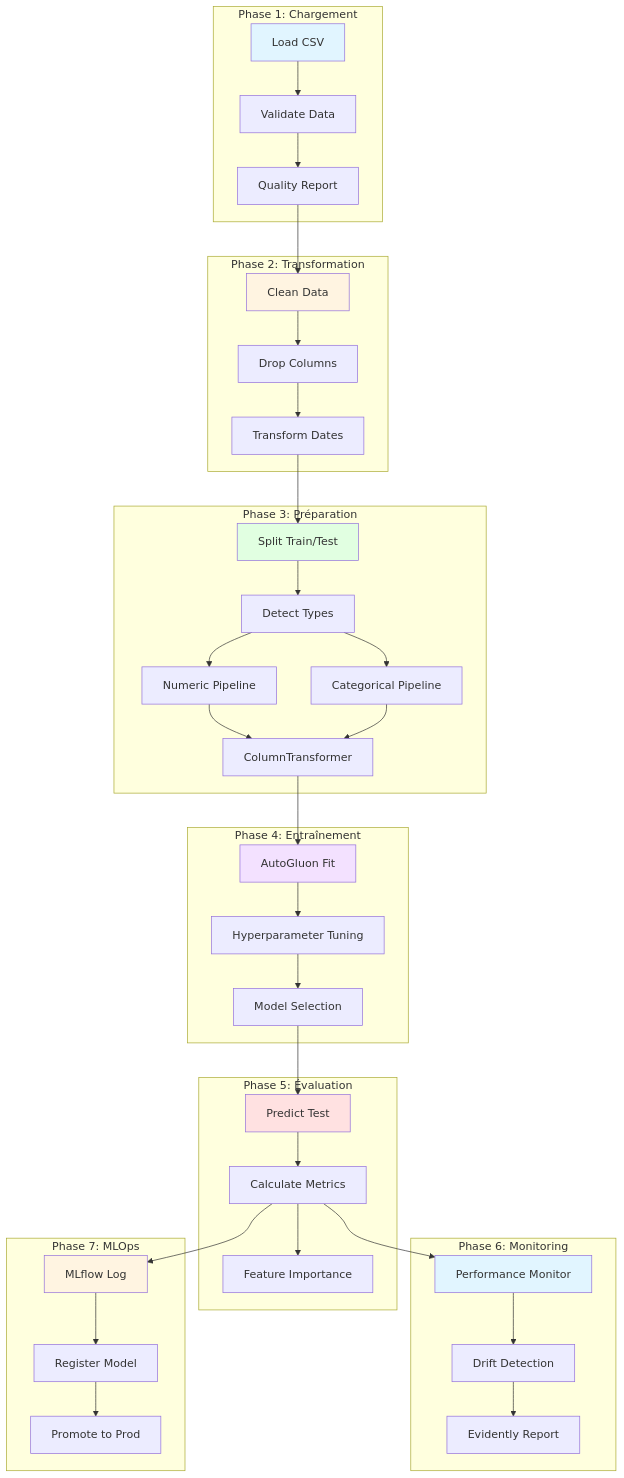
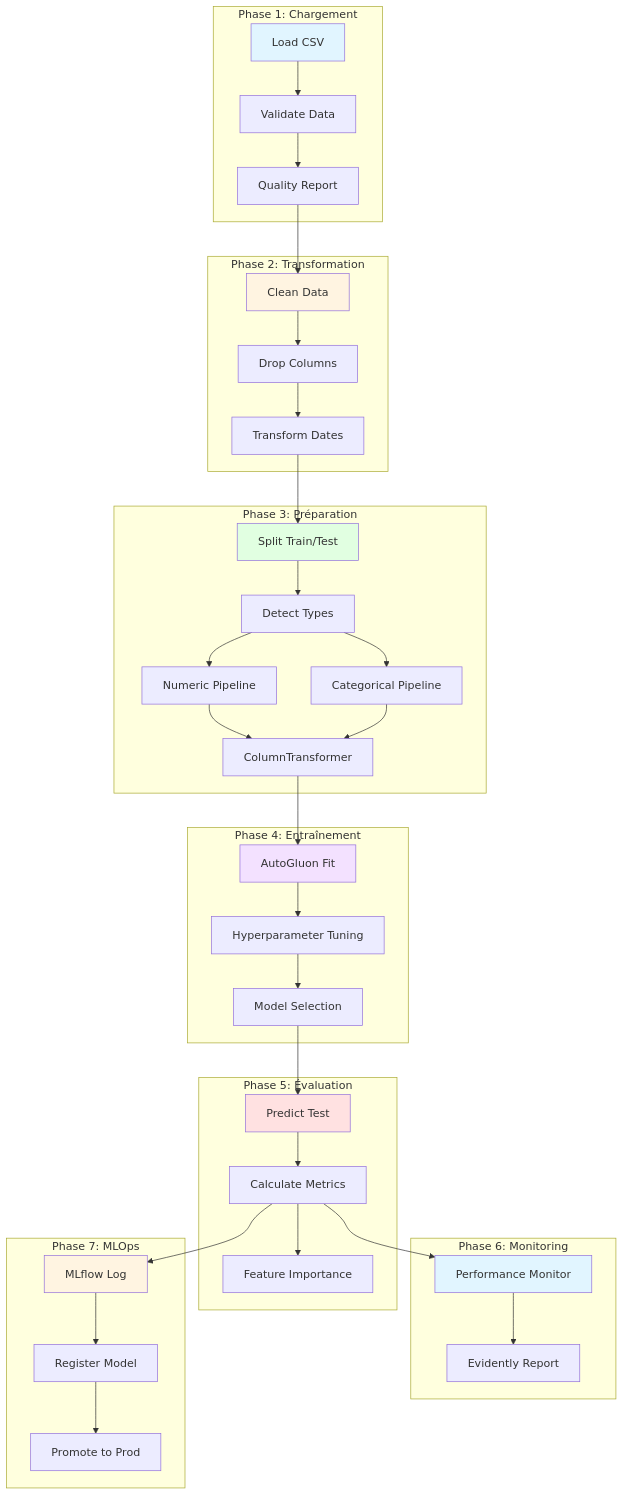
One commit to jefraudai/jefraudai changed the first of 10 diagrams in Services/docsify/docs/pipeline.md. Above: the diagram before and after it, drawn with Mermaid. The commit also changed other lines of this file and 6 other files, not shown here.

````diff
--- a/Services/docsify/docs/pipeline.md
+++ b/Services/docsify/docs/pipeline.md
@@ -7,78 +7,76 @@
 ```mermaid
 graph TD
     subgraph "Phase 1: Chargement"
         L1[Load CSV]
         L2[Validate Data]
         L3[Quality Report]
     end
     
     subgraph "Phase 2: Transformation"
         T1[Clean Data]
         T2[Drop Columns]
         T3[Transform Dates]
     end
     
     subgraph "Phase 3: Préparation"
         P1[Split Train/Test]
         P2[Detect Types]
         P3[Numeric Pipeline]
         P4[Categorical Pipeline]
         P5[ColumnTransformer]
     end
     
     subgraph "Phase 4: Entraînement"
         E1[AutoGluon Fit]
         E2[Hyperparameter Tuning]
         E3[Model Selection]
     end
     
     subgraph "Phase 5: Évaluation"
         V1[Predict Test]
         V2[Calculate Metrics]
         V3[Feature Importance]
     end
     
     subgraph "Phase 6: Monitoring"
         M1[Performance Monitor]
-        M2[Drift Detection]
         M3[Evidently Report]
     end
     
     subgraph "Phase 7: MLOps"
         O1[MLflow Log]
         O2[Register Model]
         O3[Promote to Prod]
     end
     
     L1 --> L2
     L2 --> L3
     L3 --> T1
     T1 --> T2
     T2 --> T3
     T3 --> P1
     P1 --> P2
     P2 --> P3
     P2 --> P4
     P3 --> P5
     P4 --> P5
     P5 --> E1
     E1 --> E2
     E2 --> E3
     E3 --> V1
     V1 --> V2
     V2 --> V3
     V2 --> M1
-    M1 --> M2
-    M2 --> M3
+    M1 --> M3
     V2 --> O1
     O1 --> O2
     O2 --> O3
     
     style L1 fill:#e1f5ff
     style T1 fill:#fff4e1
     style P1 fill:#e1ffe1
     style E1 fill:#f3e1ff
     style V1 fill:#ffe1e1
     style M1 fill:#e1f5ff
     style O1 fill:#fff4e1
 ```
````
